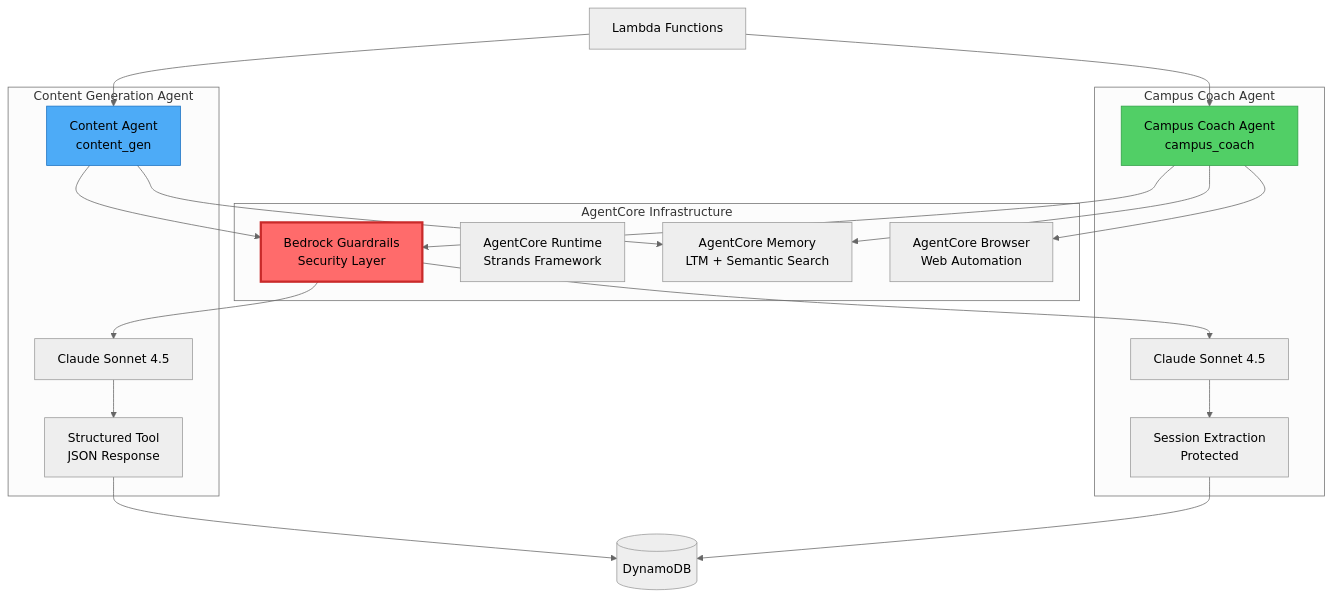
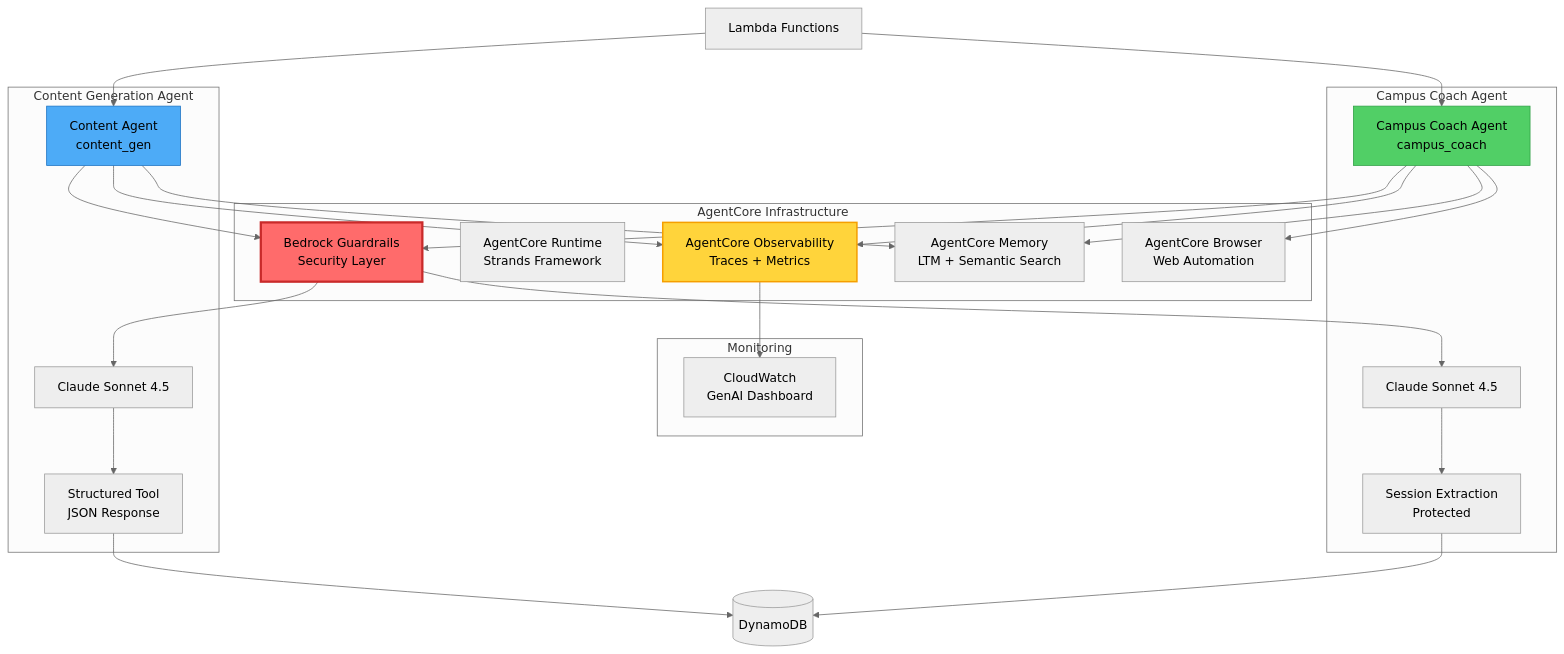
Before and after one commit to el-pedrito/strava-ai-boost: the diagram in docs/advanced/AGENTCORE.md, drawn with Mermaid (neutral theme). The commit also changed other lines of this file and 8 other files, not shown here.

First line of the commit message:
feat: add Bedrock Guardrails and AgentCore Observability

````diff
--- a/docs/advanced/AGENTCORE.md
+++ b/docs/advanced/AGENTCORE.md
@@ -19,36 +19,45 @@
 ```mermaid
 graph TB
     subgraph "AgentCore Infrastructure"
         Memory[AgentCore Memory<br/>LTM + Semantic Search]
         Runtime[AgentCore Runtime<br/>Strands Framework]
         Browser[AgentCore Browser<br/>Web Automation]
         Guardrails[Bedrock Guardrails<br/>Security Layer]
+        Observability[AgentCore Observability<br/>Traces + Metrics]
     end
     
     subgraph "Content Generation Agent"
         ContentAgent[Content Agent<br/>content_gen]
         ContentAgent --> Guardrails
+        ContentAgent --> Observability
         Guardrails --> Claude1[Claude Sonnet 4.5]
         ContentAgent --> Memory
         Claude1 --> ContentTool[Structured Tool<br/>JSON Response]
     end
     
     subgraph "Campus Coach Agent"
         CampusAgent[Campus Coach Agent<br/>campus_coach]
         CampusAgent --> Guardrails
+        CampusAgent --> Observability
         Guardrails --> Claude2[Claude Sonnet 4.5]
         CampusAgent --> Memory
         CampusAgent --> Browser
         Claude2 --> Extraction[Session Extraction<br/>Protected]
+    end
+    
+    subgraph "Monitoring"
+        CloudWatch[CloudWatch<br/>GenAI Dashboard]
+        Observability --> CloudWatch
     end
     
     Lambda[Lambda Functions] --> ContentAgent
     Lambda --> CampusAgent
     
     ContentTool --> DynamoDB[(DynamoDB)]
     Extraction --> DynamoDB
     
     style Guardrails fill:#ff6b6b,stroke:#c92a2a,stroke-width:3px
+    style Observability fill:#ffd43b,stroke:#f59f00,stroke-width:2px
     style ContentAgent fill:#4dabf7,stroke:#1971c2
     style CampusAgent fill:#51cf66,stroke:#2f9e44
 ```
````
